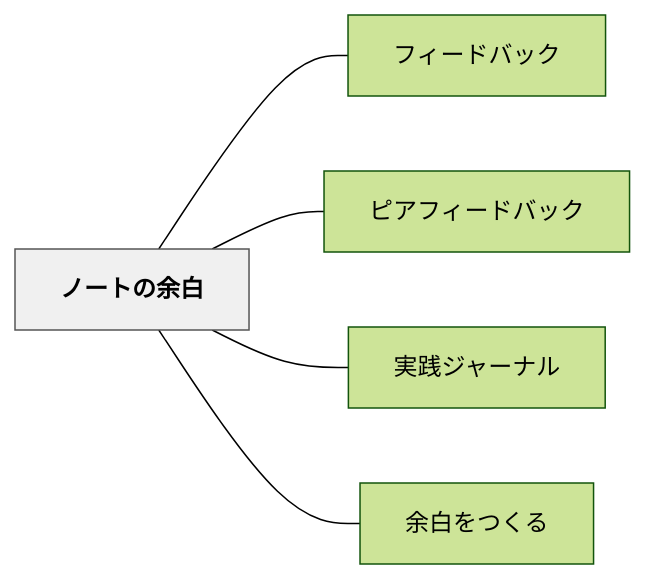
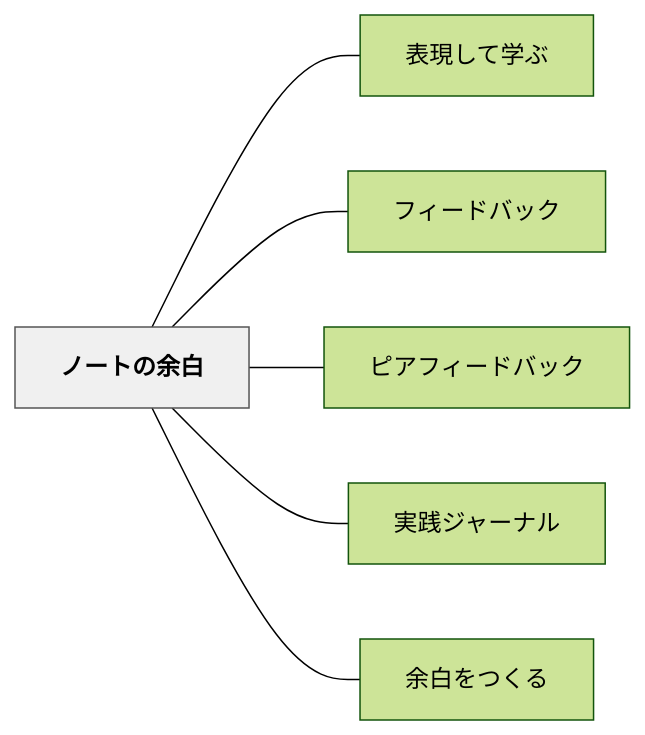
The diagram in content/パタン/ノートの余白.md (unknownthings-ed-patterns/unknownthings-ed-patterns), drawn with Mermaid (forest theme) before and after one commit. The commit also changed other lines of this file and 473 other files, not shown here.

````diff
--- a/content/パタン/ノートの余白.md
+++ b/content/パタン/ノートの余白.md
@@ -52,16 +53,18 @@
 ```mermaid
 flowchart LR
     ne3838ee383bc["ノートの余白"]
+    ne8a1a8e78fbe["表現して学ぶ"]
     ne38395e382a3["フィードバック"]
     ne38394e382a2["ピアフィードバック"]
     ne5ae9fe8b7b5["実践ジャーナル"]
     ne4bd99e799bd["余白をつくる"]
 
+    ne3838ee383bc --- ne8a1a8e78fbe
     ne3838ee383bc --- ne38395e382a3
     ne3838ee383bc --- ne38394e382a2
     ne3838ee383bc --- ne5ae9fe8b7b5
     ne3838ee383bc --- ne4bd99e799bd
 
     classDef hub fill:#f0f0f0,stroke:#555,color:#000,font-weight:bold
     class ne3838ee383bc hub
 ```
````
